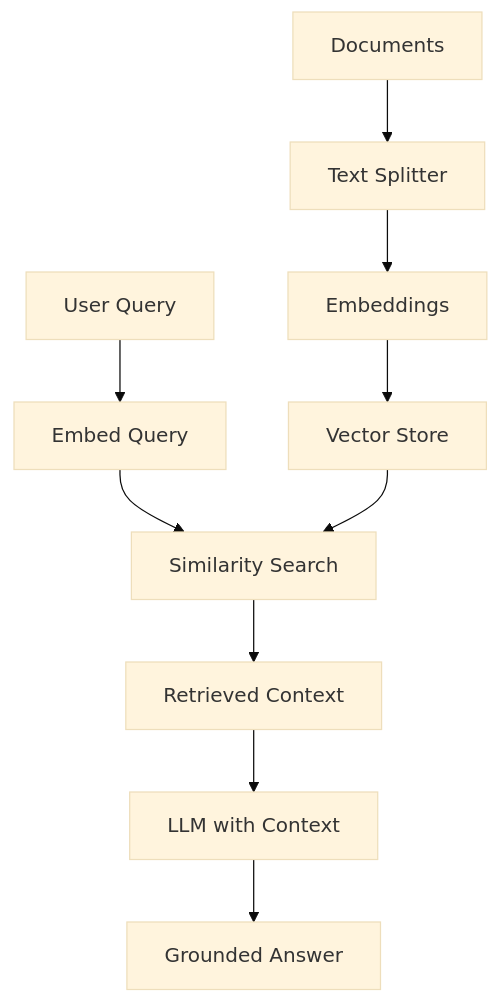
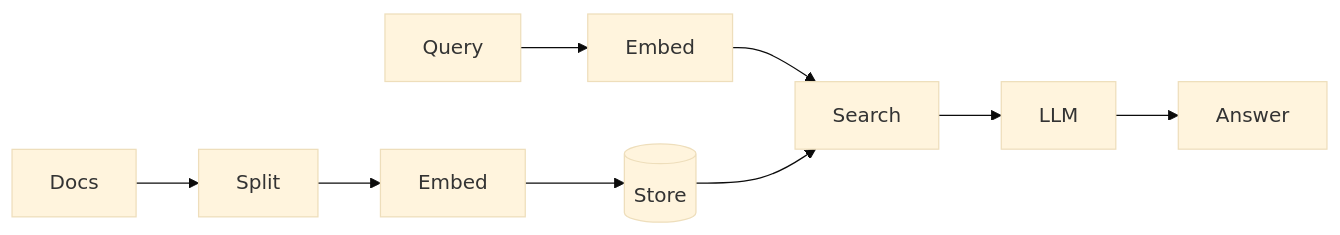
The first of 3 diagrams in session5-agents/slides.md (kousen/cursor-java-training), drawn with Mermaid (base theme) before and after one commit.

Commit message:
Simplify RAG Pipeline diagram to fit slide dimensions
- Change from vertical to compact two-row horizontal layout
- Use shorter labels (Docs, Split, Embed, Store, Query, Search)
- Scale at 0.8 for readability within margins

🤖 Generated with [Claude Code](https://claude.com/claude-code)

````diff
--- a/session5-agents/slides.md
+++ b/session5-agents/slides.md
@@ -409,12 +409,6 @@
 ```mermaid {scale: 0.8}
-graph TD
-    A[Documents] --> B[Text Splitter]
-    B --> C[Embeddings]
-    C --> D[Vector Store]
-    E[User Query] --> F[Embed Query]
-    F --> G[Similarity Search]
+graph LR
+    A[Docs] --> B[Split] --> C[Embed] --> D[(Store)]
+    E[Query] --> F[Embed] --> G[Search] --> H[LLM] --> I[Answer]
     D --> G
-    G --> H[Retrieved Context]
-    H --> I[LLM with Context]
-    I --> J[Grounded Answer]
 ```
````
